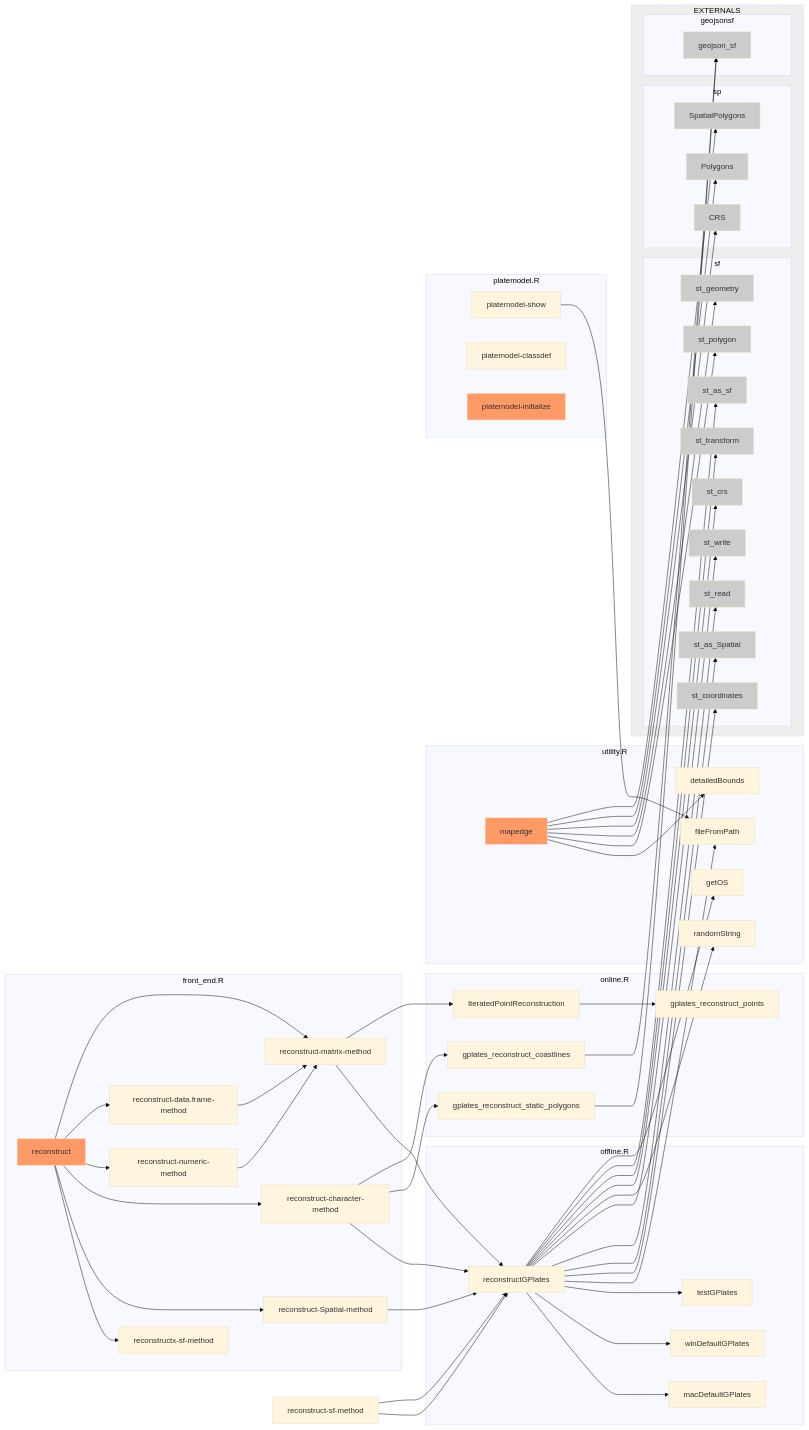
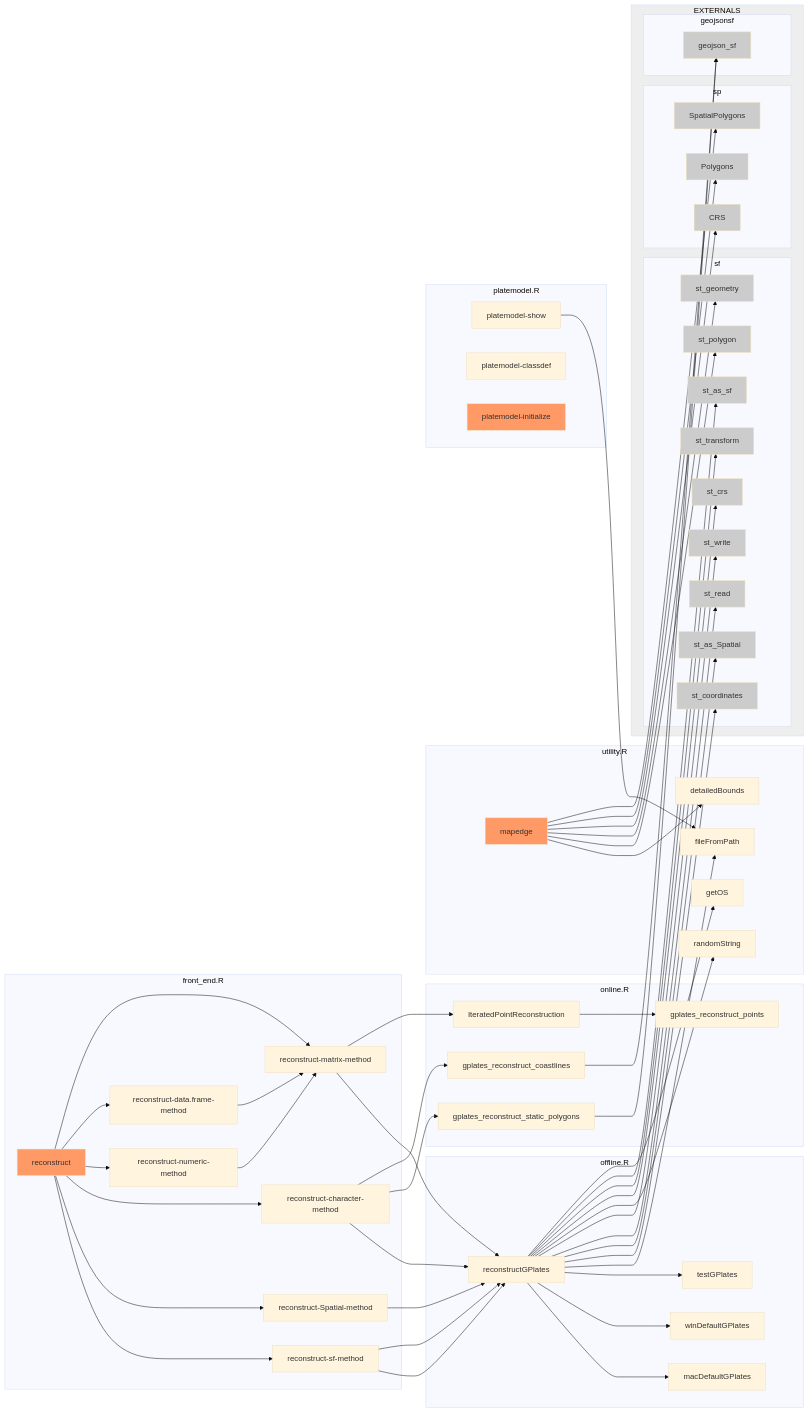
Before and after one commit to GPlates/rgplates: the diagram in vignettes/internals.Rmd, drawn with Mermaid (base theme). The commit also changed 19 other files, not shown here.

Commit message:
Changed the call graph.

```diff
--- a/vignettes/internals.Rmd
+++ b/vignettes/internals.Rmd
@@ -58,7 +58,7 @@
   reconstruct-->reconstruct-numeric-method
   reconstruct-->reconstruct-character-method
   reconstruct-->reconstruct-Spatial-method
-  reconstruct-->reconstructx-sf-method
+  reconstruct-->reconstruct-sf-method
   reconstruct-data.frame-method-->reconstruct-matrix-method
   reconstruct-numeric-method-->reconstruct-matrix-method
 
```
